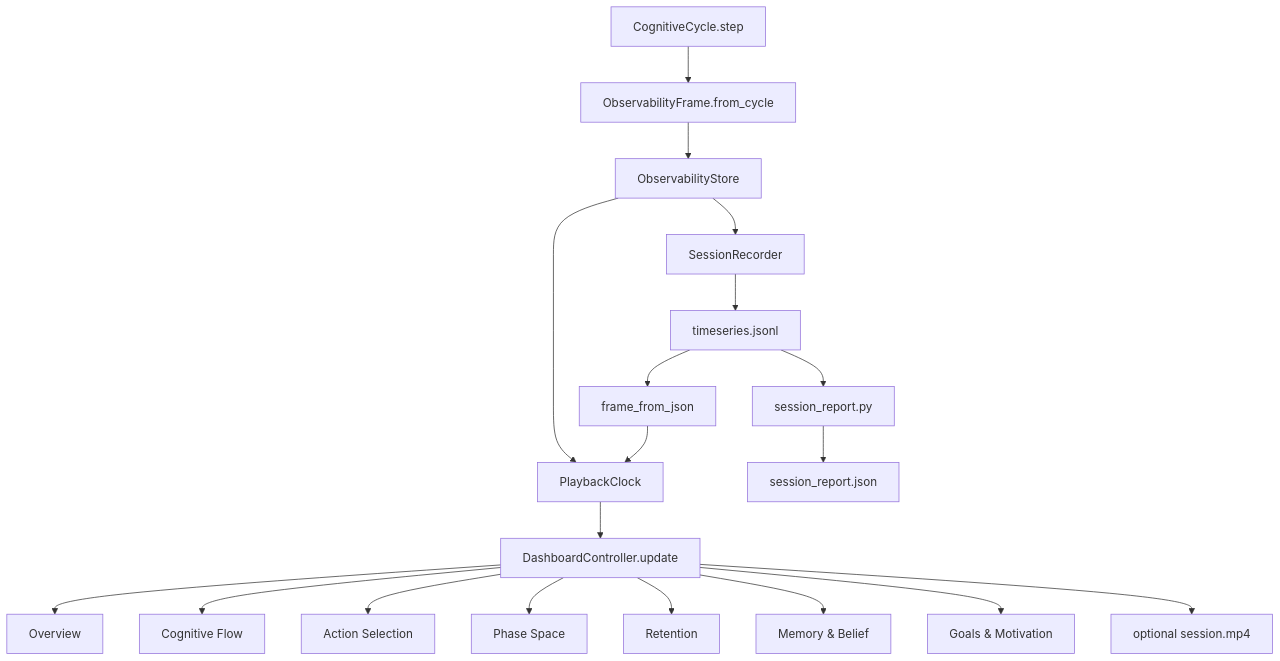
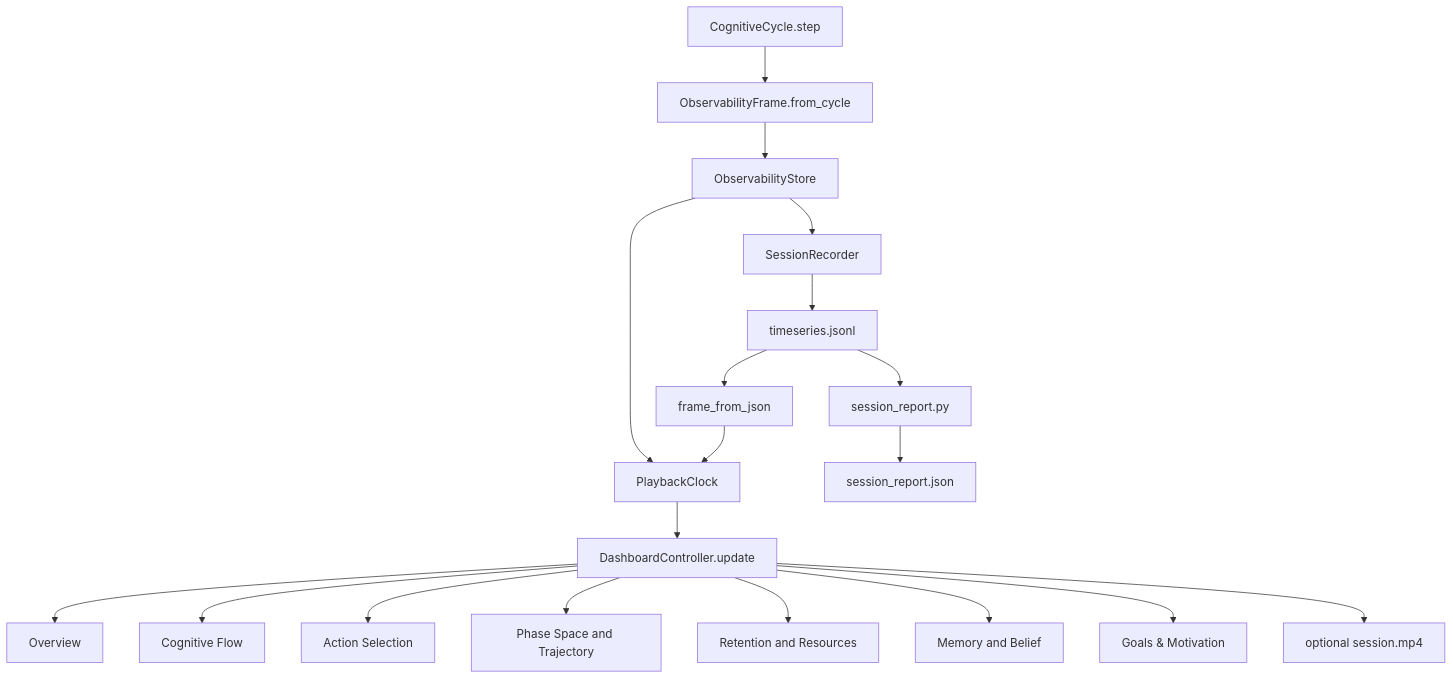
One commit to ali-baneshi/phca-v3 changed the diagram in docs/PHCA_Cognitive_Observatory_Architecture.md. Above: the diagram before and after it, drawn with Mermaid. The commit also changed other lines of this file and 9 other files, not shown here.

````diff
--- a/docs/PHCA_Cognitive_Observatory_Architecture.md
+++ b/docs/PHCA_Cognitive_Observatory_Architecture.md
@@ -124,21 +132,21 @@
 ```mermaid
 flowchart TD
     A[CognitiveCycle.step] --> B[ObservabilityFrame.from_cycle]
     B --> C[ObservabilityStore]
     C --> D[SessionRecorder]
     D --> E[timeseries.jsonl]
     E --> F[frame_from_json]
     F --> G[PlaybackClock]
     C --> G
     G --> H[DashboardController.update]
     H --> I[Overview]
     H --> J[Cognitive Flow]
     H --> K[Action Selection]
-    H --> L[Phase Space]
-    H --> M[Retention]
-    H --> N[Memory & Belief]
+    H --> L[Phase Space and Trajectory]
+    H --> M[Retention and Resources]
+    H --> N[Memory and Belief]
     H --> O[Goals & Motivation]
     E --> P[session_report.py]
     P --> Q[session_report.json]
     H --> R[optional session.mp4]
 ```
````
